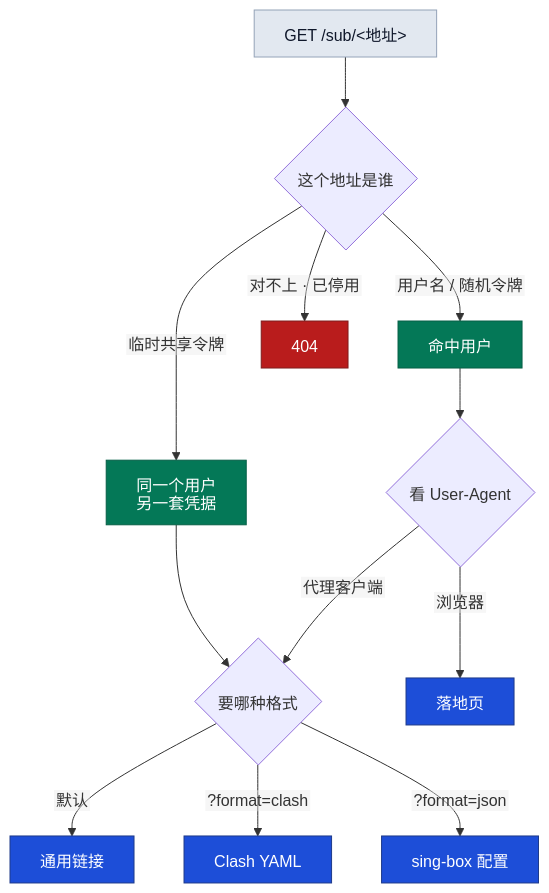
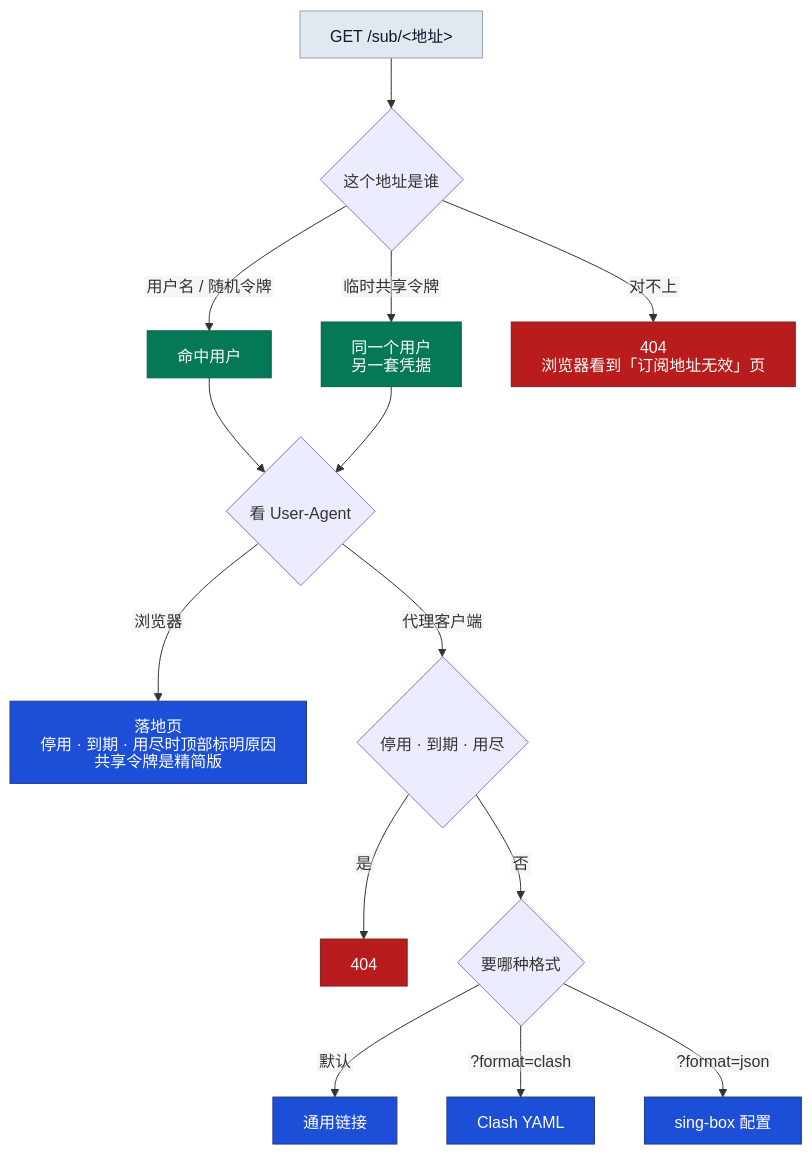
Before and after one commit to Maoyangui/m-ui: the diagram in docs/diagrams/subscription.mmd, drawn with Mermaid. The commit also changed 10 other files, not shown here.

First line of the commit message:
文档:README 补落地页 logo 与链接写法,英文版改正临时共享也有落地页;订阅流程图按实际流程改源文件;架构文档与官网跟上

```diff
--- a/docs/diagrams/subscription.mmd
+++ b/docs/diagrams/subscription.mmd
@@ -1,30 +1,32 @@
 ---
 config:
   htmlLabels: false
   markdownAutoWrap: false
   flowchart:
     htmlLabels: false
     wrappingWidth: 600
 ---
 flowchart TD
   Q["GET /sub/&lt;地址&gt;"] --> WHO{"这个地址是谁"}
   WHO -->|"用户名 / 随机令牌"| U["命中用户"]
   WHO -->|"临时共享令牌"| S["同一个用户<br/>另一套凭据"]
-  WHO -->|"对不上 · 已停用"| E["404"]
+  WHO -->|"对不上"| E["404<br/>浏览器看到「订阅地址无效」页"]
   U --> UA{"看 User-Agent"}
-  S --> F
-  UA -->|"浏览器"| P["落地页"]
-  UA -->|"代理客户端"| F{"要哪种格式"}
+  S --> UA
+  UA -->|"浏览器"| P["落地页<br/>停用 · 到期 · 用尽时顶部标明原因<br/>共享令牌是精简版"]
+  UA -->|"代理客户端"| B{"停用 · 到期 · 用尽"}
+  B -->|"是"| X["404"]
+  B -->|"否"| F{"要哪种格式"}
   F -->|"默认"| F1["通用链接"]
   F -->|"?format=clash"| F2["Clash YAML"]
   F -->|"?format=json"| F3["sing-box 配置"]
 
   classDef svc fill:#1d4ed8,stroke:#1e3a8a,color:#ffffff,stroke-width:1px
   classDef who fill:#e2e8f0,stroke:#94a3b8,color:#0f172a,stroke-width:1px
   classDef data fill:#334155,stroke:#0f172a,color:#ffffff,stroke-width:1px
   classDef exit fill:#047857,stroke:#065f46,color:#ffffff,stroke-width:1px
   classDef warn fill:#b91c1c,stroke:#7f1d1d,color:#ffffff,stroke-width:1px
   class U,S exit
-  class E warn
+  class E,X warn
   class P,F1,F2,F3 svc
   class Q who
```
